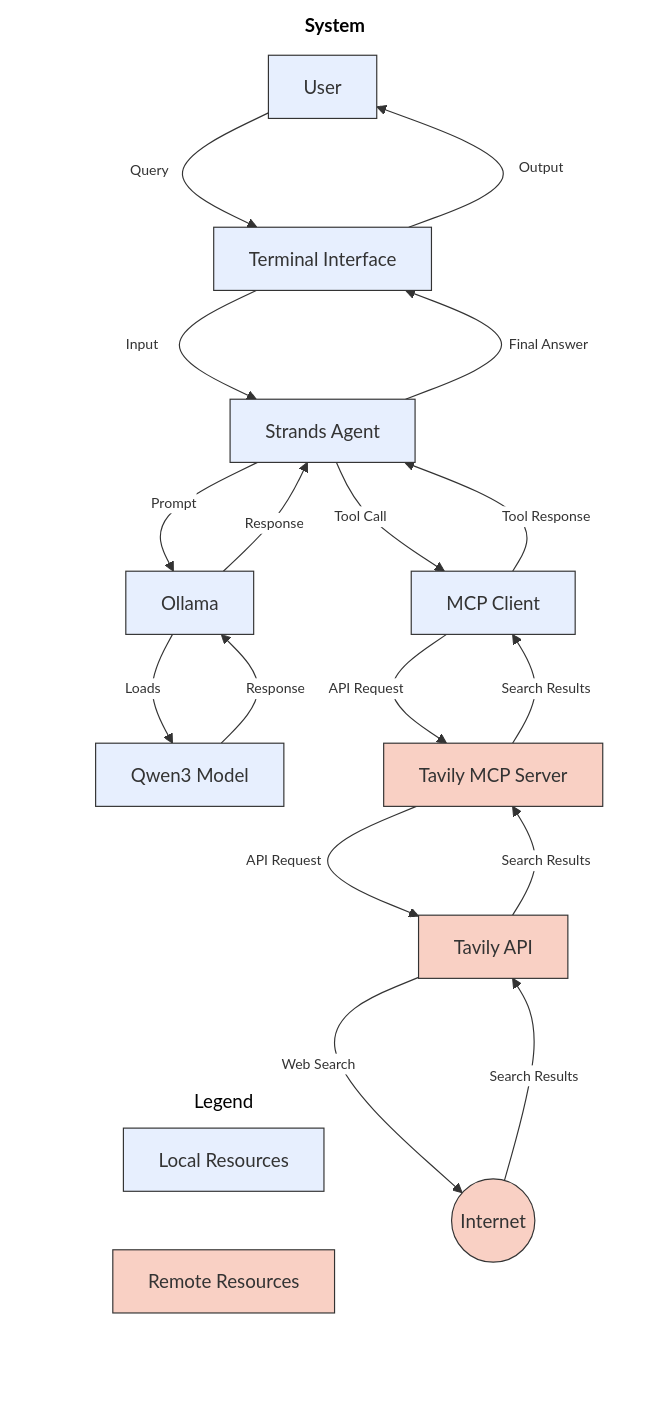
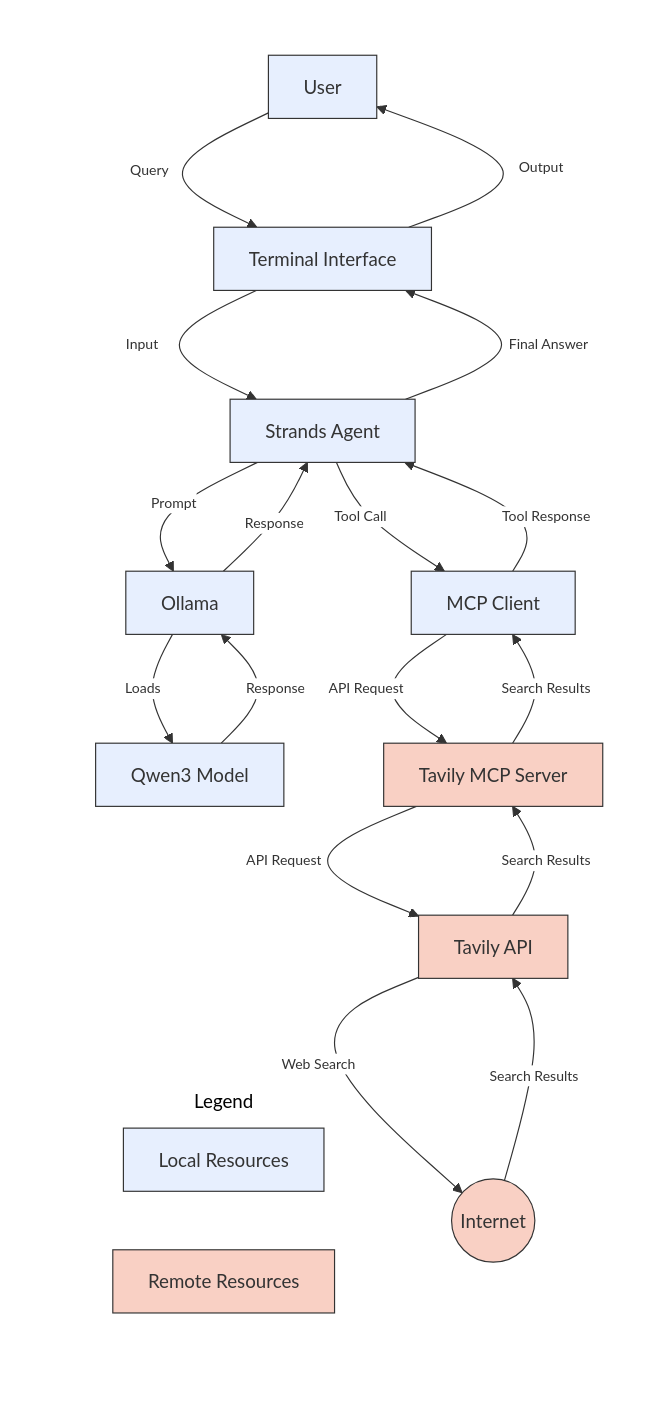
Before and after one commit to garystafford/web-research-agent-demo: the diagram in README.md, drawn with Mermaid. The commit also changed other lines of this file, not shown here.

````diff
--- a/README.md
+++ b/README.md
@@ -9,63 +9,63 @@
 ```mermaid
 %%{
   init: {
     'theme': 'base',
     'themeVariables': {
       'primaryColor': '#e7effe',
       'primaryTextColor': '#333',
       'primaryBorderColor': '#333',
       'lineColor': '#333',
       'secondaryColor': '#fff',
       'tertiaryColor': '#fff',
       'fontFamily': 'arial',
       'background': '#fff'
     }
   }
 }%%
 
 flowchart LR
-    style System fill:#fff,stroke:#fff,stroke-width:0px,font-weight:bold
-    subgraph System
+    style System fill:#fff,stroke:#fff,stroke-width:0px
+    subgraph System[ ]
         %% Local Resources (use specific coloring)
         classDef localResource fill:#e7effe,stroke:#333,stroke-width:1px
         User[User]:::localResource
         Terminal[Terminal Interface]:::localResource
         Agent[Strands Agent]:::localResource
         Ollama[Ollama]:::localResource
         Qwen3[Qwen3 Model]:::localResource
         MCPClient[MCP Client]:::localResource
 
         %% Remote Resources (use specific coloring)
         classDef remoteResource fill:#f9d0c4,stroke:#333,stroke-width:1px
         TavilyMCP[Tavily MCP Server]:::remoteResource
         TavilyAPI[Tavily API]:::remoteResource
         Internet((Internet)):::remoteResource
 
         %% Flow connections
         User -->|Query| Terminal
         Terminal -->|Input| Agent
         Agent -->|Prompt| Ollama
         Ollama -->|Loads| Qwen3
         Agent -->|Tool Call| MCPClient
         MCPClient -->|API Request| TavilyMCP
         TavilyMCP -->|API Request| TavilyAPI
         TavilyAPI -->|Web Search| Internet
         Internet -->|Search Results| TavilyAPI
         TavilyAPI -->|Search Results| TavilyMCP
         TavilyMCP -->|Search Results| MCPClient
         MCPClient -->|Tool Response| Agent
         Qwen3 -->|Response| Ollama
         Ollama -->|Response| Agent
         Agent -->|Final Answer| Terminal
         Terminal -->|Output| User
 
         %% Style for all connections
         linkStyle default stroke:#333,stroke-width:1px,font-size:12px
         %% Legend
         subgraph Legend
             style Legend fill:none,stroke:#fff,stroke-width:0px
             LocalRes[Local Resources]:::localResource
             RemoteRes[Remote Resources]:::remoteResource
         end
     end
 ```
````
